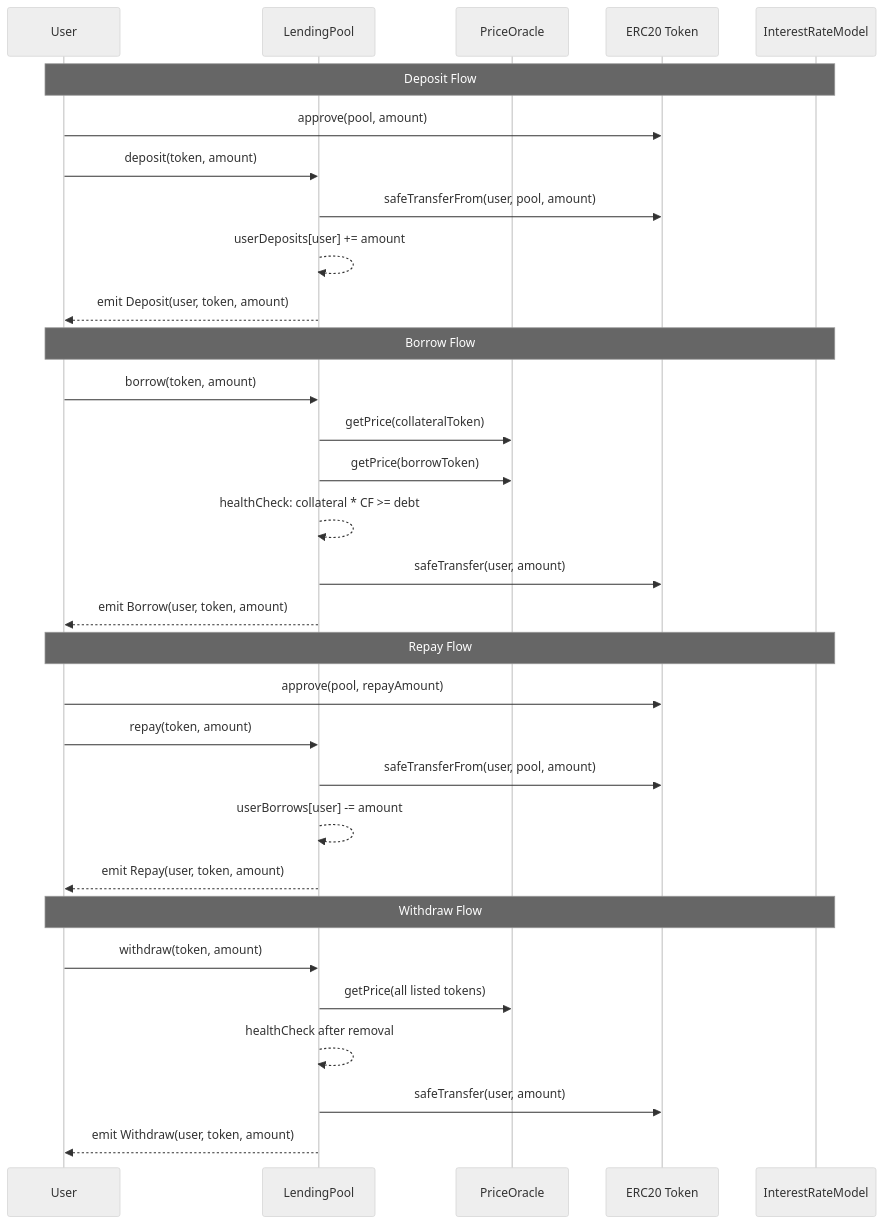
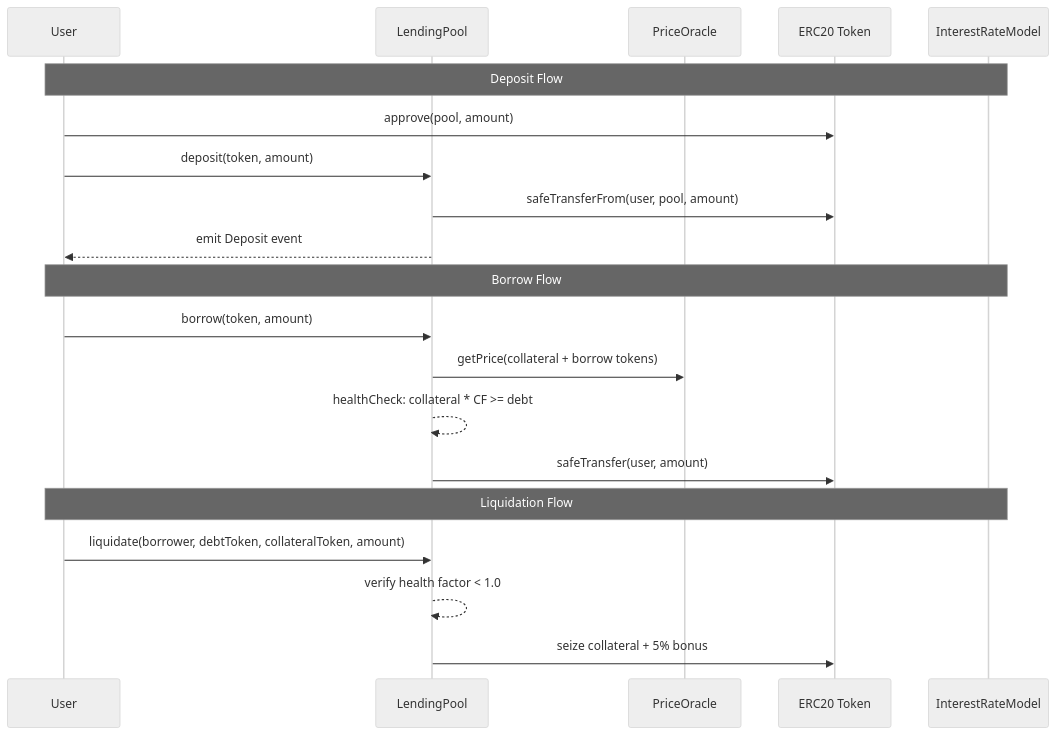
One commit to Akasxh/polkalend changed the second of 2 diagrams in README.md. Above: the diagram before and after it, drawn with Mermaid (neutral theme). The commit also changed other lines of this file, not shown here.

````diff
--- a/README.md
+++ b/README.md
@@ -141,37 +70,25 @@
 ```mermaid
 sequenceDiagram
     participant User
     participant LendingPool
     participant PriceOracle
     participant ERC20 Token
     participant InterestRateModel
 
     Note over User,InterestRateModel: Deposit Flow
     User->>ERC20 Token: approve(pool, amount)
     User->>LendingPool: deposit(token, amount)
     LendingPool->>ERC20 Token: safeTransferFrom(user, pool, amount)
-    LendingPool-->>LendingPool: userDeposits[user] += amount
-    LendingPool-->>User: emit Deposit(user, token, amount)
+    LendingPool-->>User: emit Deposit event
 
     Note over User,InterestRateModel: Borrow Flow
     User->>LendingPool: borrow(token, amount)
-    LendingPool->>PriceOracle: getPrice(collateralToken)
-    LendingPool->>PriceOracle: getPrice(borrowToken)
+    LendingPool->>PriceOracle: getPrice(collateral + borrow tokens)
     LendingPool-->>LendingPool: healthCheck: collateral * CF >= debt
     LendingPool->>ERC20 Token: safeTransfer(user, amount)
-    LendingPool-->>User: emit Borrow(user, token, amount)
 
-    Note over User,InterestRateModel: Repay Flow
-    User->>ERC20 Token: approve(pool, repayAmount)
-    User->>LendingPool: repay(token, amount)
-    LendingPool->>ERC20 Token: safeTransferFrom(user, pool, amount)
-    LendingPool-->>LendingPool: userBorrows[user] -= amount
-    LendingPool-->>User: emit Repay(user, token, amount)
-
-    Note over User,InterestRateModel: Withdraw Flow
-    User->>LendingPool: withdraw(token, amount)
-    LendingPool->>PriceOracle: getPrice(all listed tokens)
-    LendingPool-->>LendingPool: healthCheck after removal
-    LendingPool->>ERC20 Token: safeTransfer(user, amount)
-    LendingPool-->>User: emit Withdraw(user, token, amount)
+    Note over User,InterestRateModel: Liquidation Flow
+    User->>LendingPool: liquidate(borrower, debtToken, collateralToken, amount)
+    LendingPool-->>LendingPool: verify health factor < 1.0
+    LendingPool->>ERC20 Token: seize collateral + 5% bonus
 ```
````
